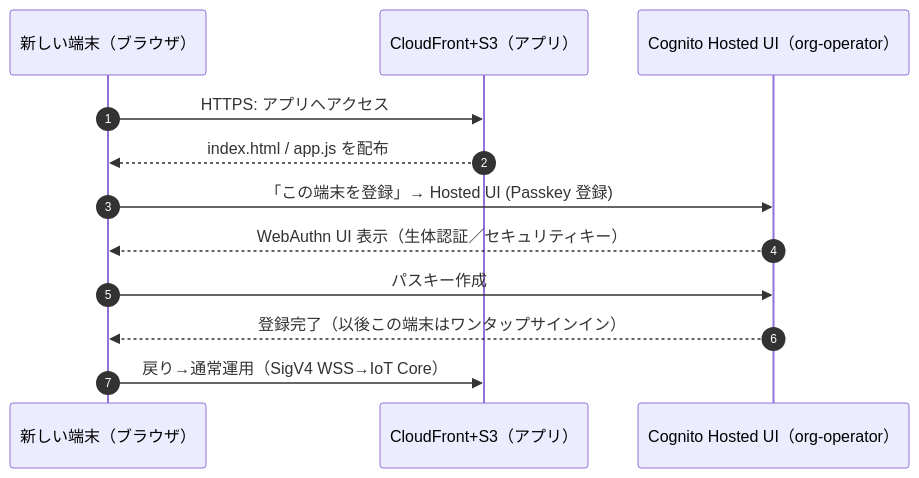
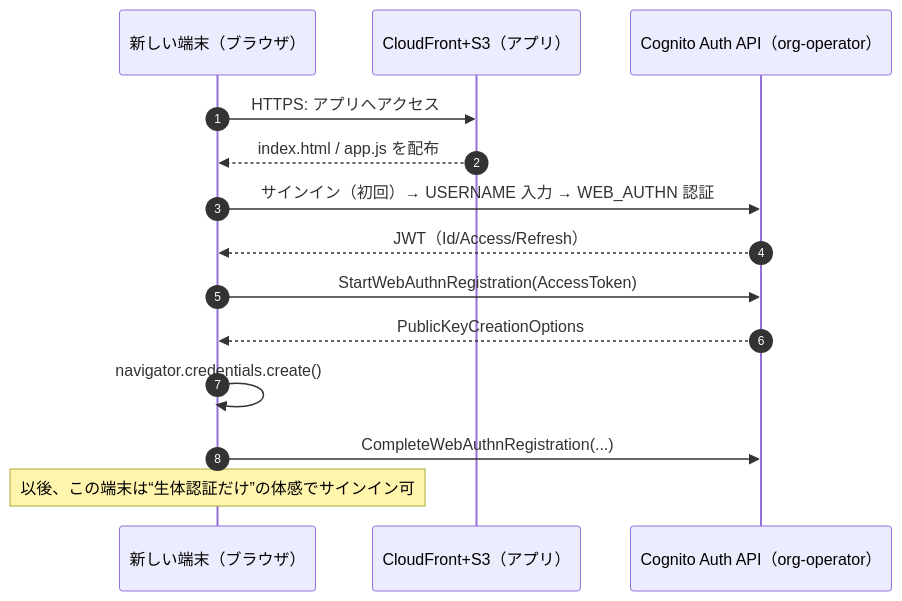
Before and after one commit to satorunnlg/iot-gateway-net: the third of 5 diagrams in README.md, drawn with Mermaid. The commit also changed other lines of this file, not shown here.

````diff
--- a/README.md
+++ b/README.md
@@ -152,15 +153,17 @@
 ```mermaid
 sequenceDiagram
-    autonumber
-    participant U as 新しい端末（ブラウザ）
-    participant S as CloudFront+S3（アプリ）
-    participant Cg as Cognito Hosted UI（org-operator）
+  autonumber
+  participant U as 新しい端末（ブラウザ）
+  participant App as CloudFront+S3（アプリ）
+  participant Cg as Cognito Auth API（org-operator）
 
-    U->>S: HTTPS: アプリへアクセス
-    S-->>U: index.html / app.js を配布
-    U->>Cg: 「この端末を登録」→ Hosted UI (Passkey 登録)
-    Cg-->>U: WebAuthn UI 表示（生体認証／セキュリティキー）
-    U->>Cg: パスキー作成
-    Cg-->>U: 登録完了（以後この端末はワンタップサインイン）
-    U->>S: 戻り→通常運用（SigV4 WSS→IoT Core）
+  U->>App: HTTPS: アプリへアクセス
+  App-->>U: index.html / app.js を配布
+  U->>Cg: サインイン（初回）→ USERNAME 入力 → WEB_AUTHN 認証
+  Cg-->>U: JWT（Id/Access/Refresh）
+  U->>Cg: StartWebAuthnRegistration(AccessToken)
+  Cg-->>U: PublicKeyCreationOptions
+  U->>U: navigator.credentials.create()
+  U->>Cg: CompleteWebAuthnRegistration(...)
+  Note over U: 以後、この端末は“生体認証だけ”の体感でサインイン可
 ```
````
